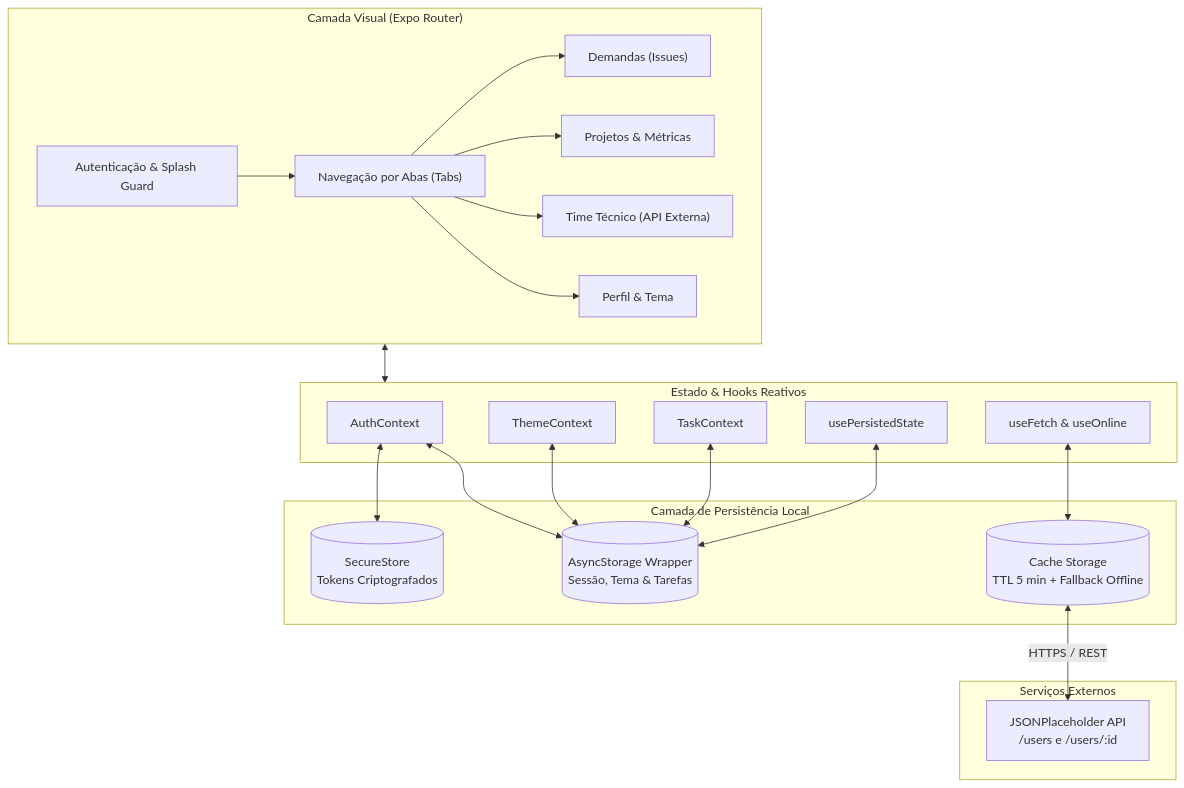
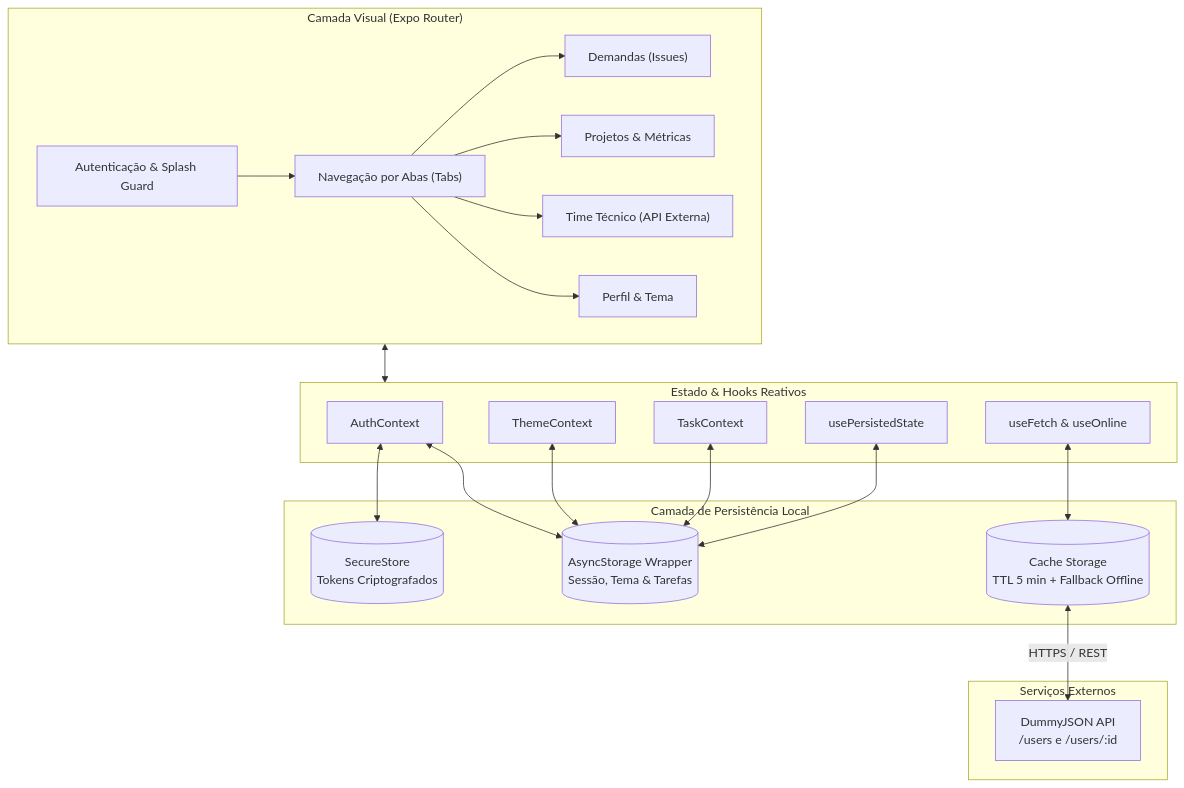
Before and after one commit to Gabriel-dev10/HP-DevFlow: the diagram in README.md, drawn with Mermaid. The commit also changed other lines of this file and 3 other files, not shown here.

Commit message:
feat: integrar API gratuita DummyJSON na lista de usuarios

````diff
--- a/README.md
+++ b/README.md
@@ -76,37 +76,37 @@
 ```mermaid
 flowchart TD
     subgraph UI ["Camada Visual (Expo Router)"]
         A["Autenticação & Splash Guard"] --> B["Navegação por Abas (Tabs)"]
         B --> C["Demandas (Issues)"]
         B --> D["Projetos & Métricas"]
         B --> E["Time Técnico (API Externa)"]
         B --> F["Perfil & Tema"]
     end
 
     subgraph State ["Estado & Hooks Reativos"]
         G["AuthContext"]
         H["ThemeContext"]
         I["TaskContext"]
         J["useFetch & useOnline"]
         K["usePersistedState"]
     end
 
     subgraph LocalStorage ["Camada de Persistência Local"]
         L[("SecureStore\nTokens Criptografados")]
         M[("AsyncStorage Wrapper\nSessão, Tema & Tarefas")]
         N[("Cache Storage\nTTL 5 min + Fallback Offline")]
     end
 
     subgraph Remote ["Serviços Externos"]
-        O["JSONPlaceholder API\n/users e /users/:id"]
+        O["DummyJSON API\n/users e /users/:id"]
     end
 
     UI <--> State
     G <--> L
     G <--> M
     H <--> M
     I <--> M
     K <--> M
     J <--> N
     N <-->|HTTPS / REST| O
 ```
````
